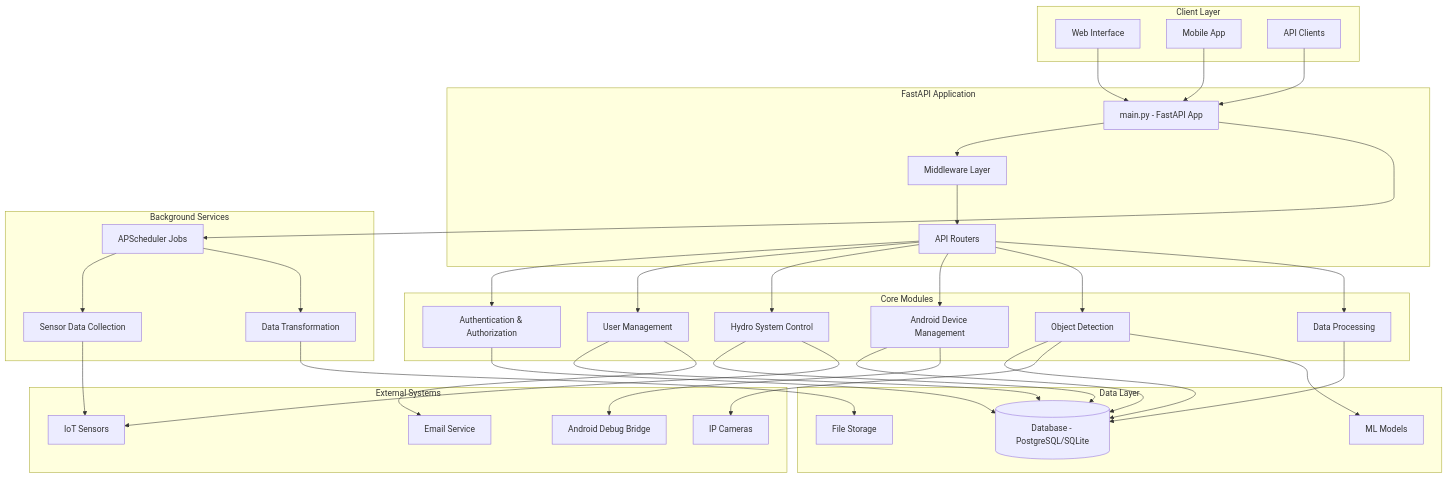
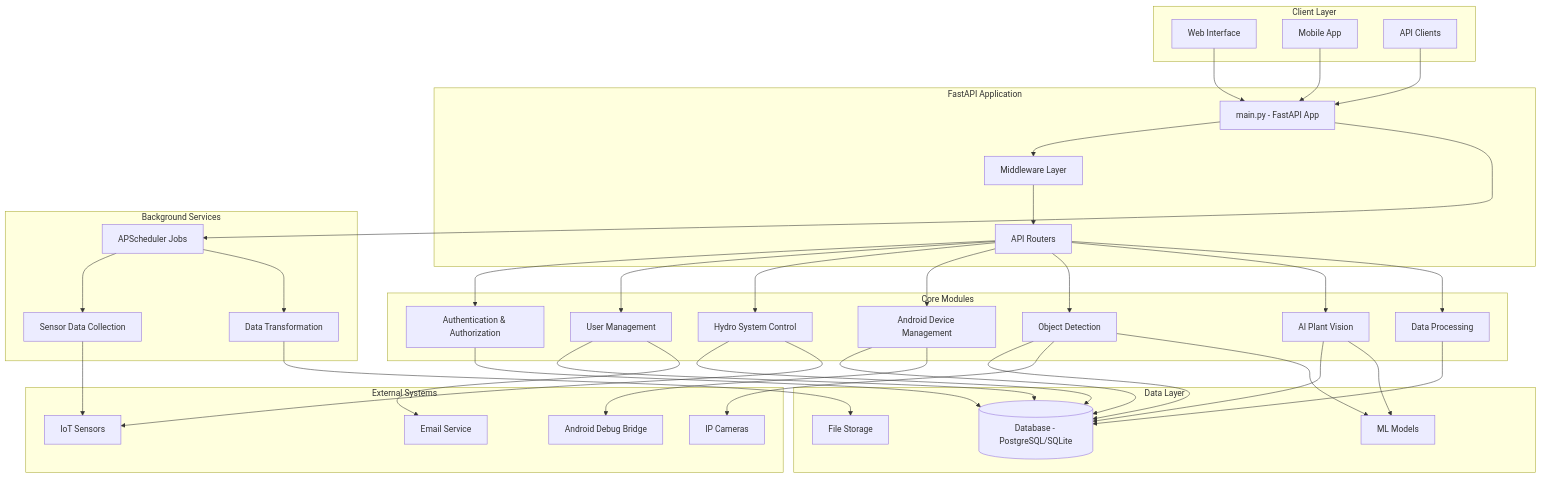
The diagram in README.md (nghingothanhnghi/fastApi), drawn with Mermaid before and after one commit. The commit also changed other lines of this file and 5 other files, not shown here.

````diff
--- a/README.md
+++ b/README.md
@@ -7,75 +7,79 @@
 ```mermaid
 graph TB
     subgraph "Client Layer"
         WEB[Web Interface]
         MOBILE[Mobile App]
         API_CLIENT[API Clients]
     end
 
     subgraph "FastAPI Application"
         MAIN[main.py - FastAPI App]
         MIDDLEWARE[Middleware Layer]
         ROUTERS[API Routers]
     end
 
     subgraph "Core Modules"
         AUTH[Authentication & Authorization]
         USER[User Management]
         HYDRO[Hydro System Control]
         ANDROID[Android Device Management]
         VISION[Object Detection]
+        AI_VISION[AI Plant Vision]
         DATA[Data Processing]
     end
 
     subgraph "Background Services"
         SCHEDULER[APScheduler Jobs]
         SENSOR_JOB[Sensor Data Collection]
         TRANSFORM_JOB[Data Transformation]
     end
 
     subgraph "Data Layer"
         DB[(Database - PostgreSQL/SQLite)]
         FILES[File Storage]
         MODELS[ML Models]
     end
 
     subgraph "External Systems"
         ADB[Android Debug Bridge]
         CAMERAS[IP Cameras]
         SENSORS[IoT Sensors]
         EMAIL[Email Service]
     end
 
     WEB --> MAIN
     MOBILE --> MAIN
     API_CLIENT --> MAIN
     
     MAIN --> MIDDLEWARE
     MIDDLEWARE --> ROUTERS
     ROUTERS --> AUTH
     ROUTERS --> USER
     ROUTERS --> HYDRO
     ROUTERS --> ANDROID
     ROUTERS --> VISION
+    ROUTERS --> AI_VISION
     ROUTERS --> DATA
     
     MAIN --> SCHEDULER
     SCHEDULER --> SENSOR_JOB
     SCHEDULER --> TRANSFORM_JOB
     
     AUTH --> DB
     USER --> DB
     HYDRO --> DB
     ANDROID --> DB
     VISION --> DB
+    AI_VISION --> DB
     DATA --> DB
     
     HYDRO --> SENSORS
     ANDROID --> ADB
     VISION --> CAMERAS
     VISION --> MODELS
+    AI_VISION --> MODELS
     USER --> EMAIL
     
     SENSOR_JOB --> SENSORS
     TRANSFORM_JOB --> FILES
 ```
````
